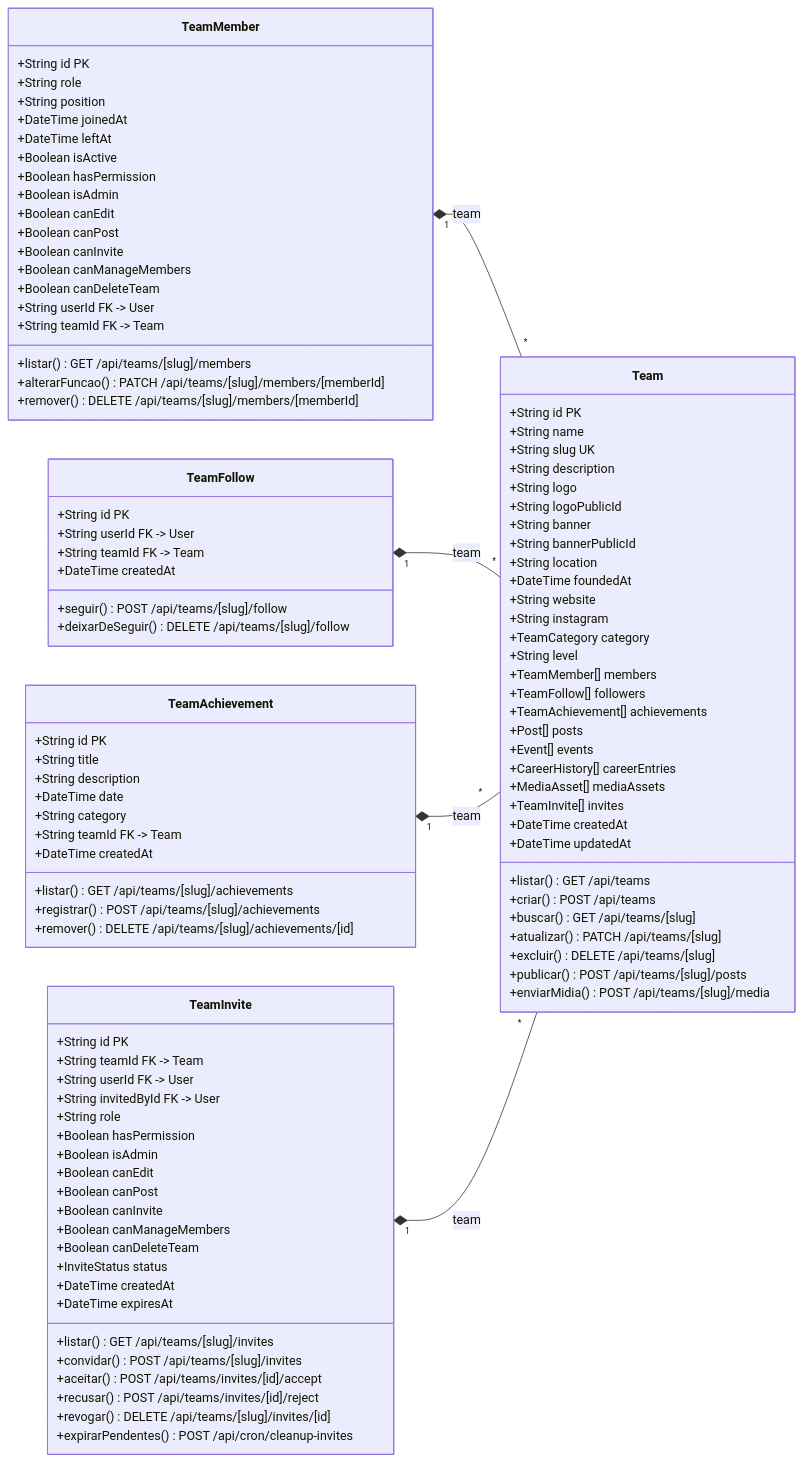
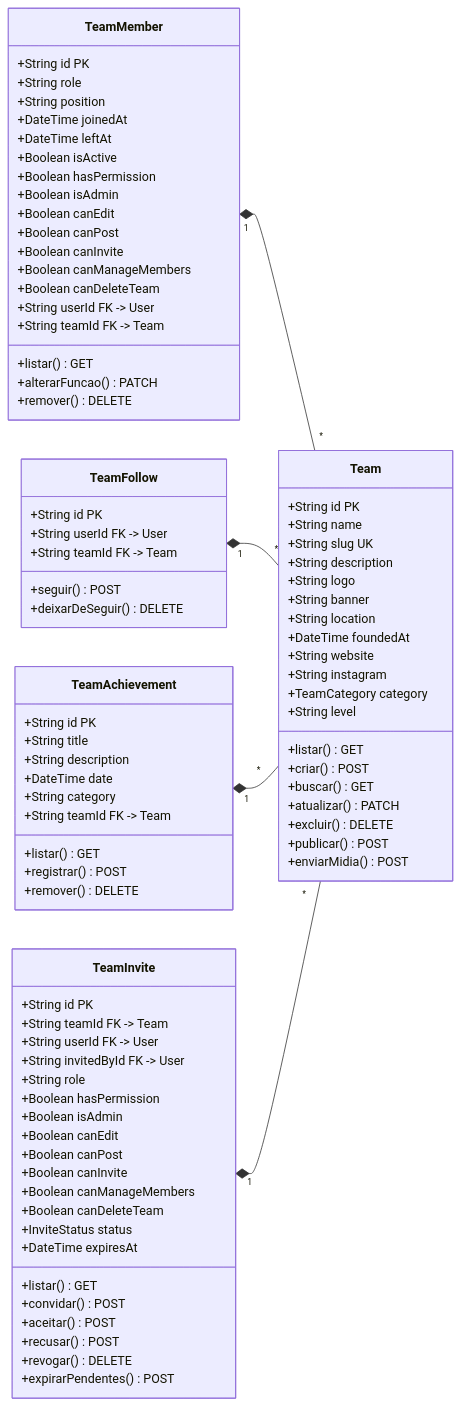
The diagram in docs/diagrams/classe-equipes.mmd (gustaf30/cheerconnect), drawn with Mermaid before and after one commit. The commit also changed 32 other files, not shown here.

First line of the commit message:
Diagramas UML refeitos para leitura, com PNG versionados

```diff
--- a/docs/diagrams/classe-equipes.mmd
+++ b/docs/diagrams/classe-equipes.mmd
@@ -1,104 +1,89 @@
 %% Gerado por scripts/generate-diagrams.mjs — nao editar a mao.
 %% Fonte: prisma/schema.prisma e src/app/api/**/route.ts
 classDiagram
   direction LR
   class Team {
     +String id PK
     +String name
     +String slug UK
     +String description
     +String logo
-    +String logoPublicId
     +String banner
-    +String bannerPublicId
     +String location
     +DateTime foundedAt
     +String website
     +String instagram
     +TeamCategory category
     +String level
-    +TeamMember[] members
-    +TeamFollow[] followers
-    +TeamAchievement[] achievements
-    +Post[] posts
-    +Event[] events
-    +CareerHistory[] careerEntries
-    +MediaAsset[] mediaAssets
-    +TeamInvite[] invites
-    +DateTime createdAt
-    +DateTime updatedAt
-    +listar() GET /api/teams
-    +criar() POST /api/teams
-    +buscar() GET /api/teams/[slug]
-    +atualizar() PATCH /api/teams/[slug]
-    +excluir() DELETE /api/teams/[slug]
-    +publicar() POST /api/teams/[slug]/posts
-    +enviarMidia() POST /api/teams/[slug]/media
+    +listar() GET
+    +criar() POST
+    +buscar() GET
+    +atualizar() PATCH
+    +excluir() DELETE
+    +publicar() POST
+    +enviarMidia() POST
   }
   class TeamMember {
     +String id PK
     +String role
     +String position
     +DateTime joinedAt
     +DateTime leftAt
     +Boolean isActive
     +Boolean hasPermission
     +Boolean isAdmin
     +Boolean canEdit
     +Boolean canPost
     +Boolean canInvite
     +Boolean canManageMembers
     +Boolean canDeleteTeam
     +String userId FK -> User
     +String teamId FK -> Team
-    +listar() GET /api/teams/[slug]/members
-    +alterarFuncao() PATCH /api/teams/[slug]/members/[memberId]
-    +remover() DELETE /api/teams/[slug]/members/[memberId]
+    +listar() GET
+    +alterarFuncao() PATCH
+    +remover() DELETE
   }
   class TeamFollow {
     +String id PK
     +String userId FK -> User
     +String teamId FK -> Team
-    +DateTime createdAt
-    +seguir() POST /api/teams/[slug]/follow
-    +deixarDeSeguir() DELETE /api/teams/[slug]/follow
+    +seguir() POST
+    +deixarDeSeguir() DELETE
   }
   class TeamAchievement {
     +String id PK
     +String title
     +String description
     +DateTime date
     +String category
     +String teamId FK -> Team
-    +DateTime createdAt
-    +listar() GET /api/teams/[slug]/achievements
-    +registrar() POST /api/teams/[slug]/achievements
-    +remover() DELETE /api/teams/[slug]/achievements/[id]
+    +listar() GET
+    +registrar() POST
+    +remover() DELETE
   }
   class TeamInvite {
     +String id PK
     +String teamId FK -> Team
     +String userId FK -> User
     +String invitedById FK -> User
     +String role
     +Boolean hasPermission
     +Boolean isAdmin
     +Boolean canEdit
     +Boolean canPost
     +Boolean canInvite
     +Boolean canManageMembers
     +Boolean canDeleteTeam
     +InviteStatus status
-    +DateTime createdAt
     +DateTime expiresAt
-    +listar() GET /api/teams/[slug]/invites
-    +convidar() POST /api/teams/[slug]/invites
-    +aceitar() POST /api/teams/invites/[id]/accept
-    +recusar() POST /api/teams/invites/[id]/reject
-    +revogar() DELETE /api/teams/[slug]/invites/[id]
-    +expirarPendentes() POST /api/cron/cleanup-invites
+    +listar() GET
+    +convidar() POST
+    +aceitar() POST
+    +recusar() POST
+    +revogar() DELETE
+    +expirarPendentes() POST
   }
-  TeamMember "1" *-- "*" Team : team
-  TeamFollow "1" *-- "*" Team : team
-  TeamAchievement "1" *-- "*" Team : team
-  TeamInvite "1" *-- "*" Team : team
+  TeamMember "1" *-- "*" Team
+  TeamFollow "1" *-- "*" Team
+  TeamAchievement "1" *-- "*" Team
+  TeamInvite "1" *-- "*" Team
```
